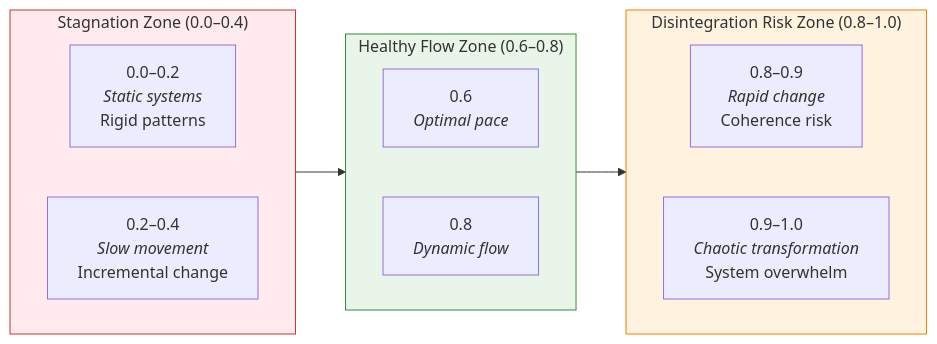
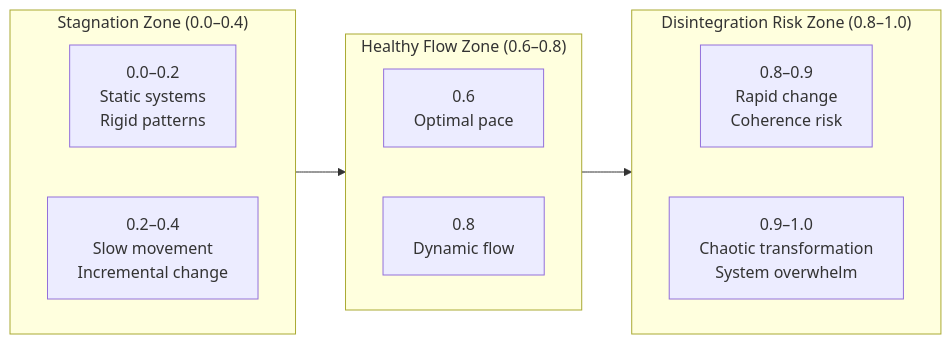
Before and after one commit to ravaioli/solarpunk-mandala: the second of 4 diagrams in docs/core-model/04-temporal-unfolding-dialectical-phases.md, drawn with Mermaid. The commit also changed other lines of this file, not shown here.

````diff
--- a/docs/core-model/04-temporal-unfolding-dialectical-phases.md
+++ b/docs/core-model/04-temporal-unfolding-dialectical-phases.md
@@ -158,26 +193,22 @@
 ```mermaid
-flowchart LR
+graph LR
     subgraph Stagnation["Stagnation Zone (0.0–0.4)"]
         direction LR
-        A1["0.0–0.2<br><i>Static systems</i><br>Rigid patterns"]
-        A2["0.2–0.4<br><i>Slow movement</i><br>Incremental change"]
+        A1["0.0–0.2<br/>Static systems<br/>Rigid patterns"]
+        A2["0.2–0.4<br/>Slow movement<br/>Incremental change"]
     end
-
+    
     subgraph Healthy["Healthy Flow Zone (0.6–0.8)"]
         direction LR
-        B1["0.6<br><i>Optimal pace</i>"]
-        B2["0.8<br><i>Dynamic flow</i>"]
+        B1["0.6<br/>Optimal pace"]
+        B2["0.8<br/>Dynamic flow"]
     end
-
+    
     subgraph Risk["Disintegration Risk Zone (0.8–1.0)"]
         direction LR
-        C1["0.8–0.9<br><i>Rapid change</i><br>Coherence risk"]
-        C2["0.9–1.0<br><i>Chaotic transformation</i><br>System overwhelm"]
+        C1["0.8–0.9<br/>Rapid change<br/>Coherence risk"]
+        C2["0.9–1.0<br/>Chaotic transformation<br/>System overwhelm"]
     end
-
+    
     Stagnation --> Healthy --> Risk
-
-    style Stagnation fill:#ffebee,stroke:#d32f2f
-    style Healthy fill:#e8f5e8,stroke:#388e3c
-    style Risk fill:#fff3e0,stroke:#f57c00
 ```
````
